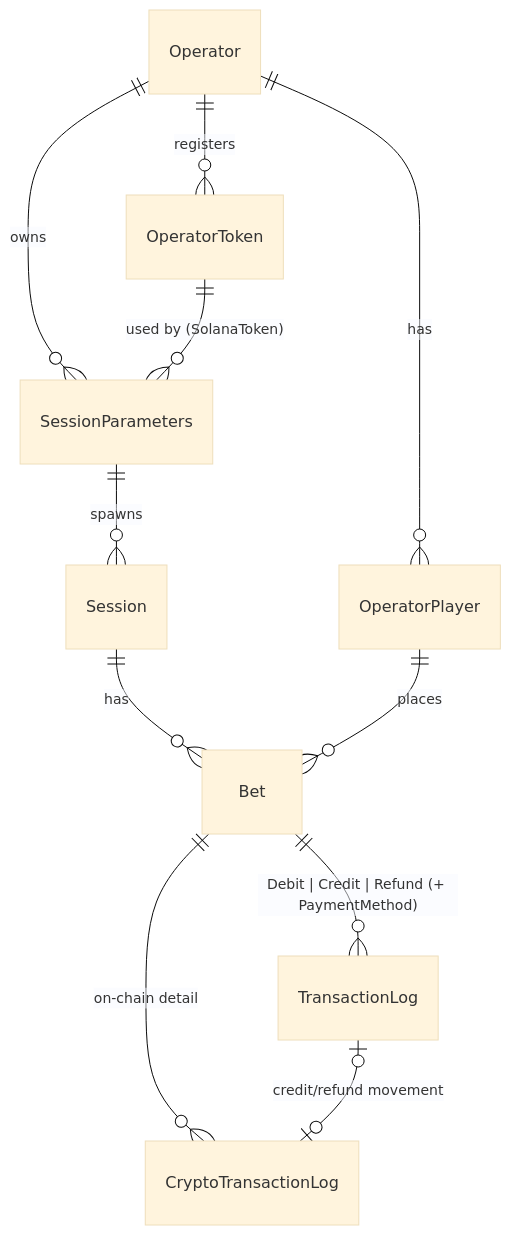
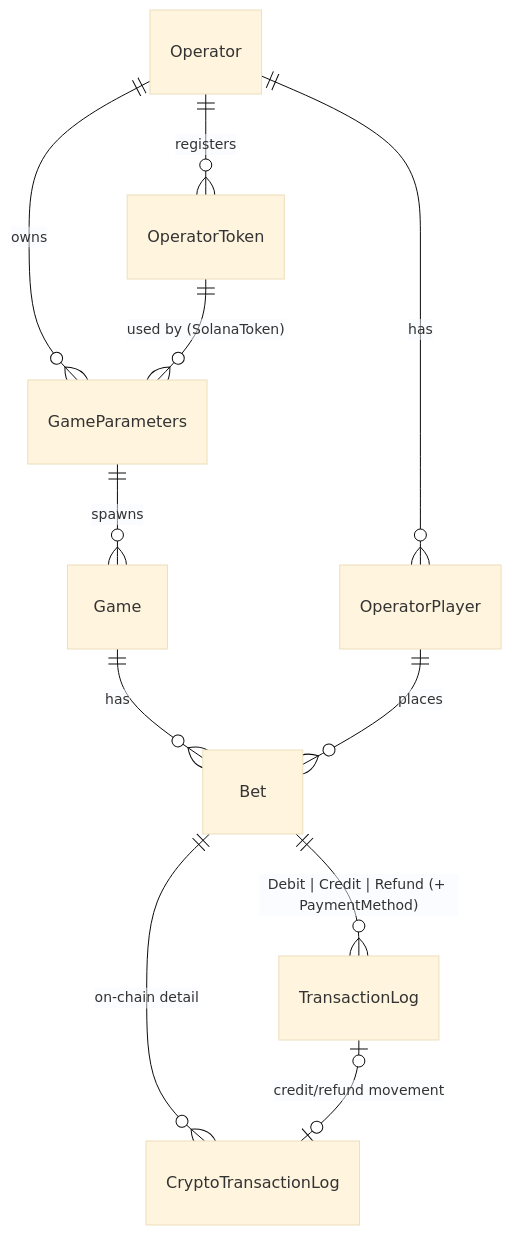
Before and after one commit to marcusruas/monkify-meta: the first of 3 diagrams in specs/payment-methods-refactor.md, drawn with Mermaid (base theme). The commit also changed other lines of this file and 57 other files, not shown here.

First line of the commit message:
Rebrand: Monkify->ChimpOut, Session->Game in KB prose (monkify-meta)

````diff
--- a/specs/payment-methods-refactor.md
+++ b/specs/payment-methods-refactor.md
@@ -274,13 +274,13 @@
 ```mermaid
 erDiagram
-    Operator ||--o{ SessionParameters : owns
+    Operator ||--o{ GameParameters : owns
     Operator ||--o{ OperatorToken : registers
     Operator ||--o{ OperatorPlayer : has
-    OperatorToken ||--o{ SessionParameters : "used by (SolanaToken)"
-    SessionParameters ||--o{ Session : spawns
-    Session ||--o{ Bet : has
+    OperatorToken ||--o{ GameParameters : "used by (SolanaToken)"
+    GameParameters ||--o{ Game : spawns
+    Game ||--o{ Bet : has
     OperatorPlayer ||--o{ Bet : places
     Bet ||--o{ TransactionLog : "Debit | Credit | Refund (+ PaymentMethod)"
     Bet ||--o{ CryptoTransactionLog : "on-chain detail"
     TransactionLog |o--o| CryptoTransactionLog : "credit/refund movement"
 ```
````
